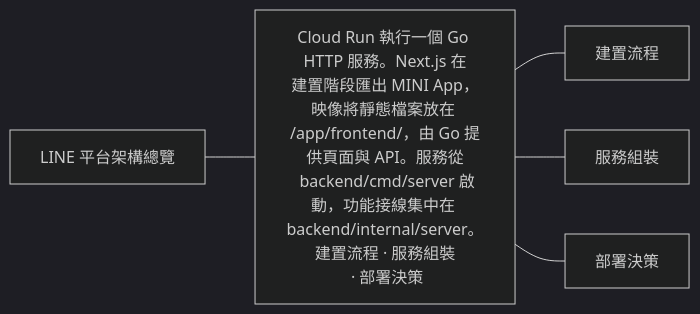
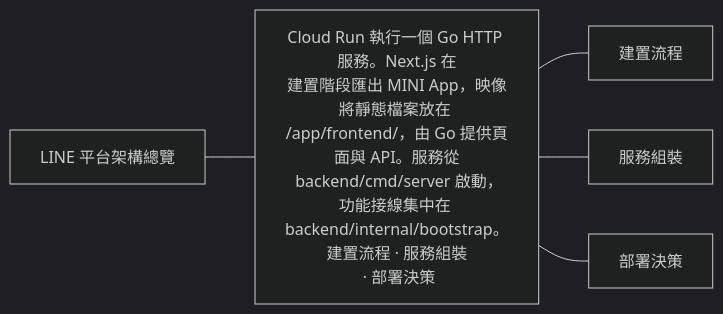
One commit to 963sup/line-mini-app-bot changed the first of 5 diagrams in docs/architecture/runtime/overview.md. Above: the diagram before and after it, drawn with Mermaid (dark theme). The commit also changed 154 other files, not shown here.

Commit message:
refactor(backend): extract bootstrap, platform and business-owned adapters

````diff
--- a/docs/architecture/runtime/overview.md
+++ b/docs/architecture/runtime/overview.md
@@ -5,11 +5,11 @@
 ```mermaid
 flowchart LR
   h["LINE 平台架構總覽"]
-  h --- n0["Cloud Run 執行一個 Go HTTP 服務。Next.js 在<br/>建置階段匯出 MINI App，映像將靜態檔案放在 <br/>/app/frontend/，由 Go 提供頁面與 API。服務從<br/> backend/cmd/server 啟動，功能接線集中在 <br/>backend/internal/server。建置流程 · 服務組裝<br/> · 部署決策"]
+  h --- n0["Cloud Run 執行一個 Go HTTP 服務。Next.js 在<br/>建置階段匯出 MINI App，映像將靜態檔案放在 <br/>/app/frontend/，由 Go 提供頁面與 API。服務從<br/> backend/cmd/server 啟動，功能接線集中在 <br/>backend/internal/bootstrap。建置流程 · 服務組裝<br/> · 部署決策"]
   n0 --- n0l0["建置流程"]
   click n0l0 "../../../Dockerfile"
   n0 --- n0l1["服務組裝"]
-  click n0l1 "../../../backend/internal/server/server.go"
+  click n0l1 "../../../backend/internal/bootstrap/server.go"
   n0 --- n0l2["部署決策"]
   click n0l2 "../../decisions/0003-cloud-run-primary.md"
 ```
````
